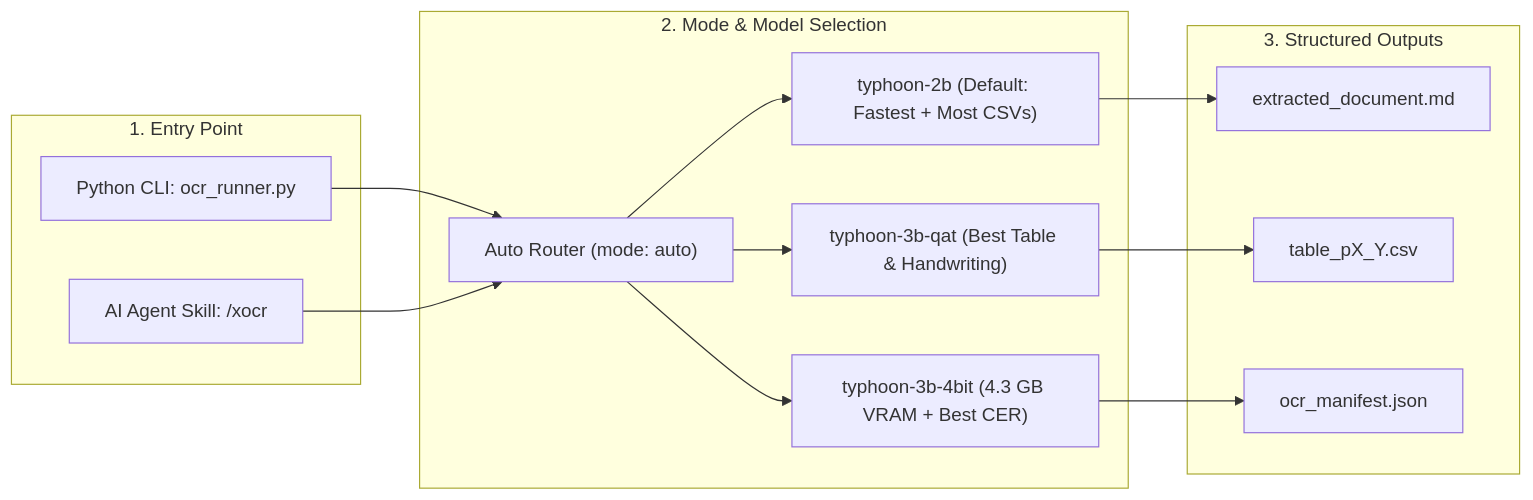
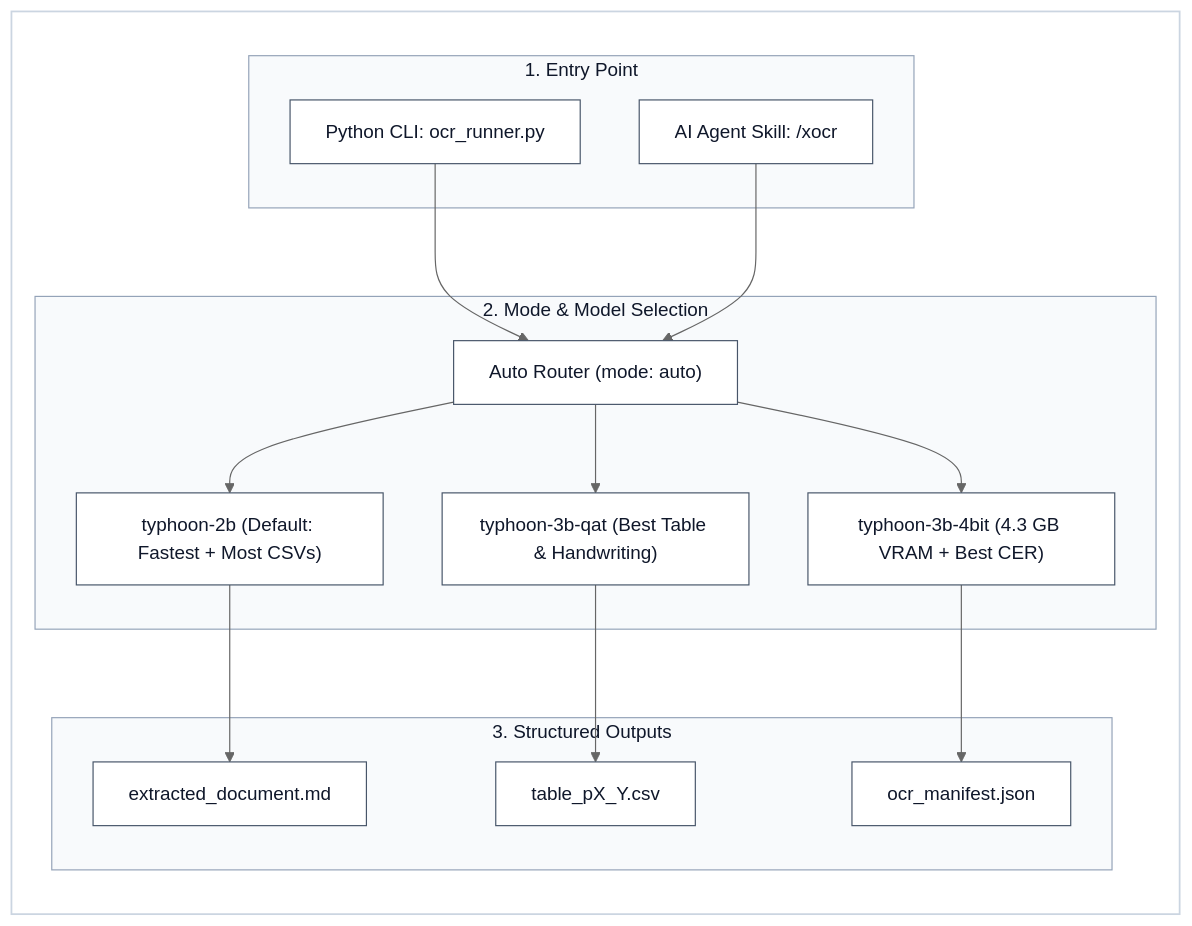
Before and after one commit to iscvlab/xocr: the second of 2 diagrams in README.md, drawn with Mermaid. The commit also changed other lines of this file and 2 other files, not shown here.

Commit message:
style(docs): enforce White-Mode Mermaid canvas across README, SKILL, and benchmark report

````diff
--- a/README.md
+++ b/README.md
@@ -68,29 +77,37 @@
 ```mermaid
+%%{init: {'theme': 'neutral'}}%%
 flowchart LR
-    subgraph Step1 ["1. Entry Point"]
-        CLI["Python CLI: ocr_runner.py"]
-        Agent["AI Agent Skill: /xocr"]
+    subgraph Canvas [" "]
+        subgraph Step1 ["1. Entry Point"]
+            CLI["Python CLI: ocr_runner.py"]
+            Agent["AI Agent Skill: /xocr"]
+        end
+
+        subgraph Step2 ["2. Mode & Model Selection"]
+            Auto["Auto Router (mode: auto)"]
+            T2B["typhoon-2b (Default: Fastest + Most CSVs)"]
+            T3B["typhoon-3b-qat (Best Table & Handwriting)"]
+            T4B["typhoon-3b-4bit (4.3 GB VRAM + Best CER)"]
+        end
+
+        subgraph Step3 ["3. Structured Outputs"]
+            MD["extracted_document.md"]
+            CSV["table_pX_Y.csv"]
+            JSON["ocr_manifest.json"]
+        end
+
+        CLI --> Auto
+        Agent --> Auto
+        Auto --> T2B
+        Auto --> T3B
+        Auto --> T4B
+        T2B --> MD
+        T3B --> CSV
+        T4B --> JSON
     end
-
-    subgraph Step2 ["2. Mode & Model Selection"]
-        Auto["Auto Router (mode: auto)"]
-        T2B["typhoon-2b (Default: Fastest + Most CSVs)"]
-        T3B["typhoon-3b-qat (Best Table & Handwriting)"]
-        T4B["typhoon-3b-4bit (4.3 GB VRAM + Best CER)"]
-    end
-
-    subgraph Step3 ["3. Structured Outputs"]
-        MD["extracted_document.md"]
-        CSV["table_pX_Y.csv"]
-        JSON["ocr_manifest.json"]
-    end
-
-    CLI --> Auto
-    Agent --> Auto
-    Auto --> T2B
-    Auto --> T3B
-    Auto --> T4B
-    T2B --> MD
-    T3B --> CSV
-    T4B --> JSON
+    classDef default fill:#ffffff,stroke:#475569,color:#0f172a,stroke-width:1px
+    style Canvas fill:#ffffff,stroke:#cbd5e1,stroke-width:1.5px,color:#0f172a
+    style Step1 fill:#f8fafc,stroke:#94a3b8,color:#0f172a
+    style Step2 fill:#f8fafc,stroke:#94a3b8,color:#0f172a
+    style Step3 fill:#f8fafc,stroke:#94a3b8,color:#0f172a
 ```
````
